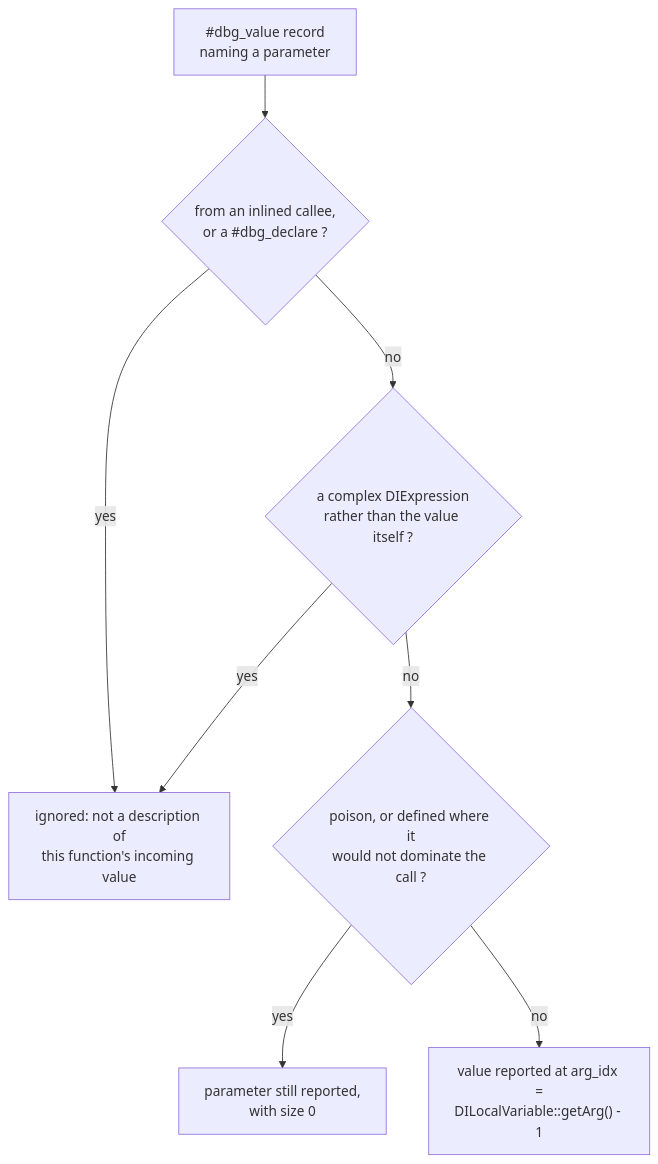
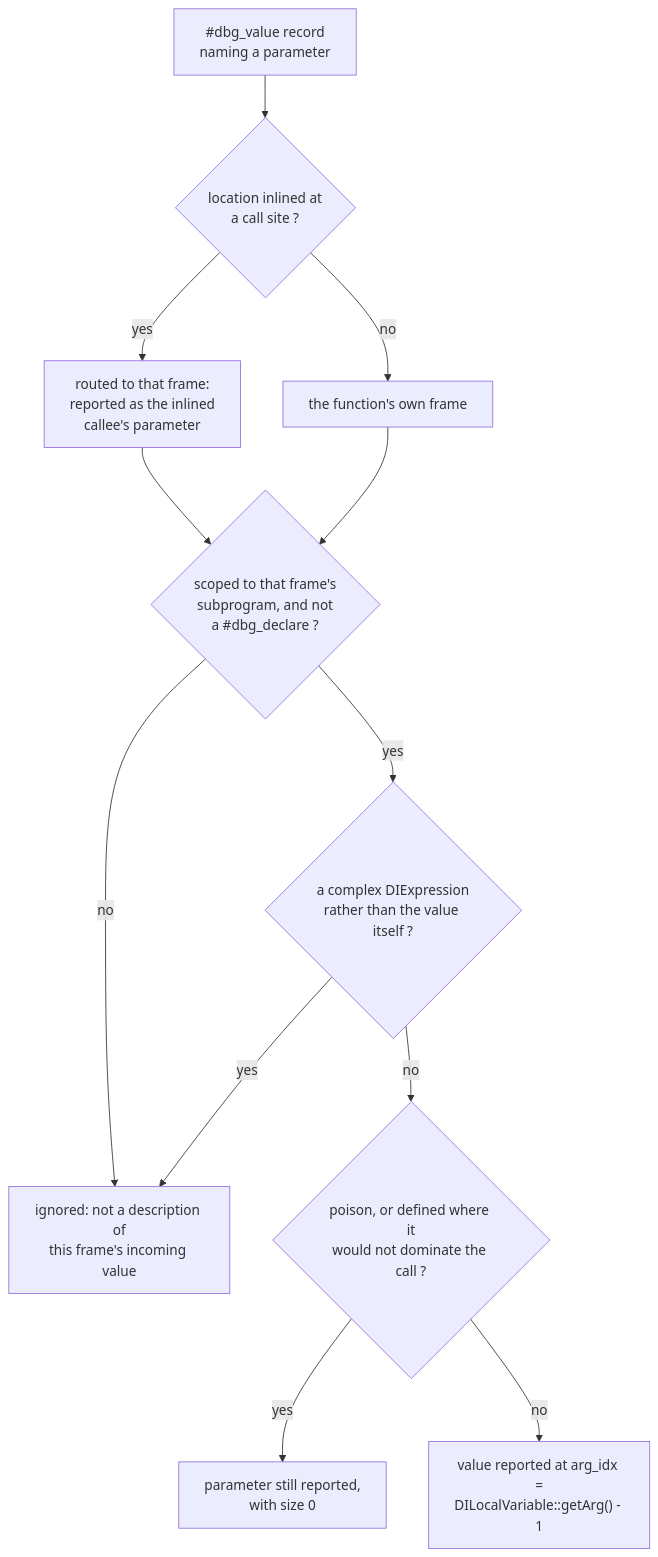
Before and after one commit to trace-args-ret/trace-args-ret.github.io: the diagram in diagrams/dg-06-filters.mmd, drawn with Mermaid. The commit also changed 14 other files, not shown here.

```diff
--- a/diagrams/dg-06-filters.mmd
+++ b/diagrams/dg-06-filters.mmd
@@ -1,8 +1,12 @@
 flowchart TD
-    A["#dbg_value record<br/>naming a parameter"] --> B{"from an inlined callee,<br/>or a #dbg_declare ?"}
-    B -->|"yes"| X1["ignored: not a description of<br/>this function's incoming value"]
-    B -->|"no"| D{"a complex DIExpression<br/>rather than the value itself ?"}
+    A["#dbg_value record<br/>naming a parameter"] --> F{"location inlined at<br/>a call site ?"}
+    F -->|"yes"| F1["routed to that frame:<br/>reported as the inlined<br/>callee's parameter"]
+    F -->|"no"| F2["the function's own frame"]
+    F1 --> B{"scoped to that frame's<br/>subprogram, and not<br/>a #dbg_declare ?"}
+    F2 --> B
+    B -->|"no"| X1["ignored: not a description of<br/>this frame's incoming value"]
+    B -->|"yes"| D{"a complex DIExpression<br/>rather than the value itself ?"}
     D -->|"yes"| X1
     D -->|"no"| E{"poison, or defined where it<br/>would not dominate the call ?"}
     E -->|"yes"| X2["parameter still reported,<br/>with size 0"]
     E -->|"no"| G["value reported at arg_idx =<br/>DILocalVariable::getArg() - 1"]
```
